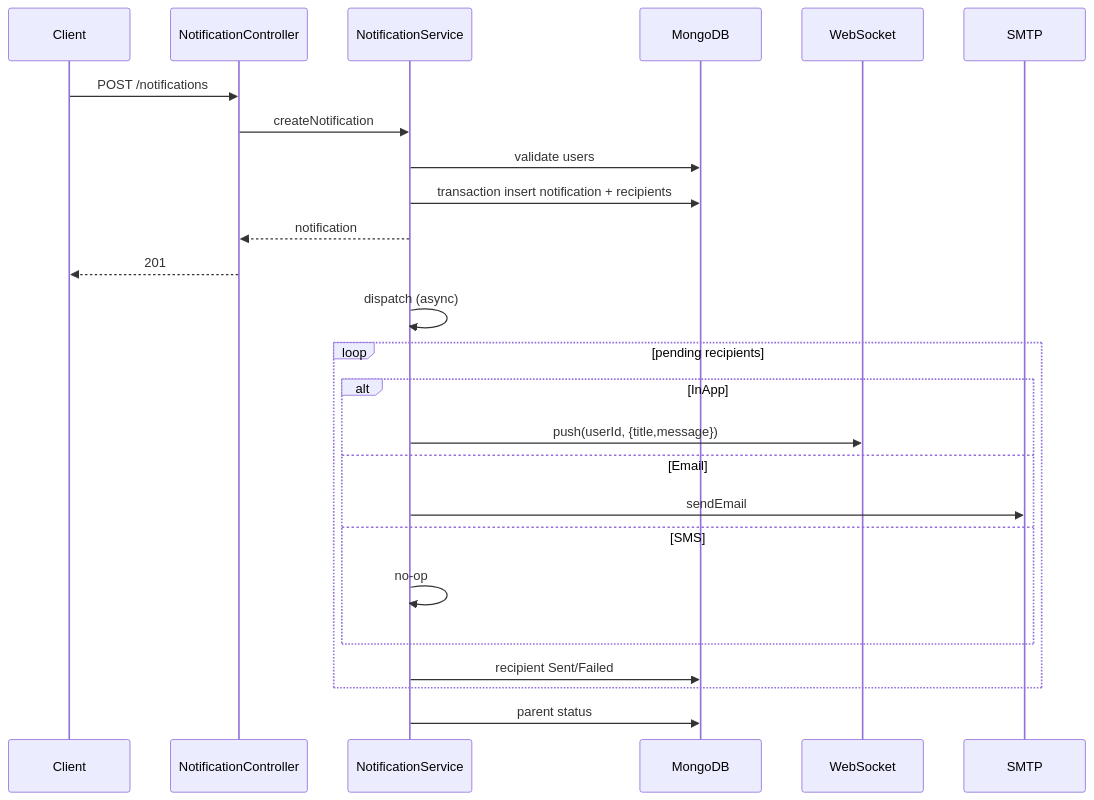
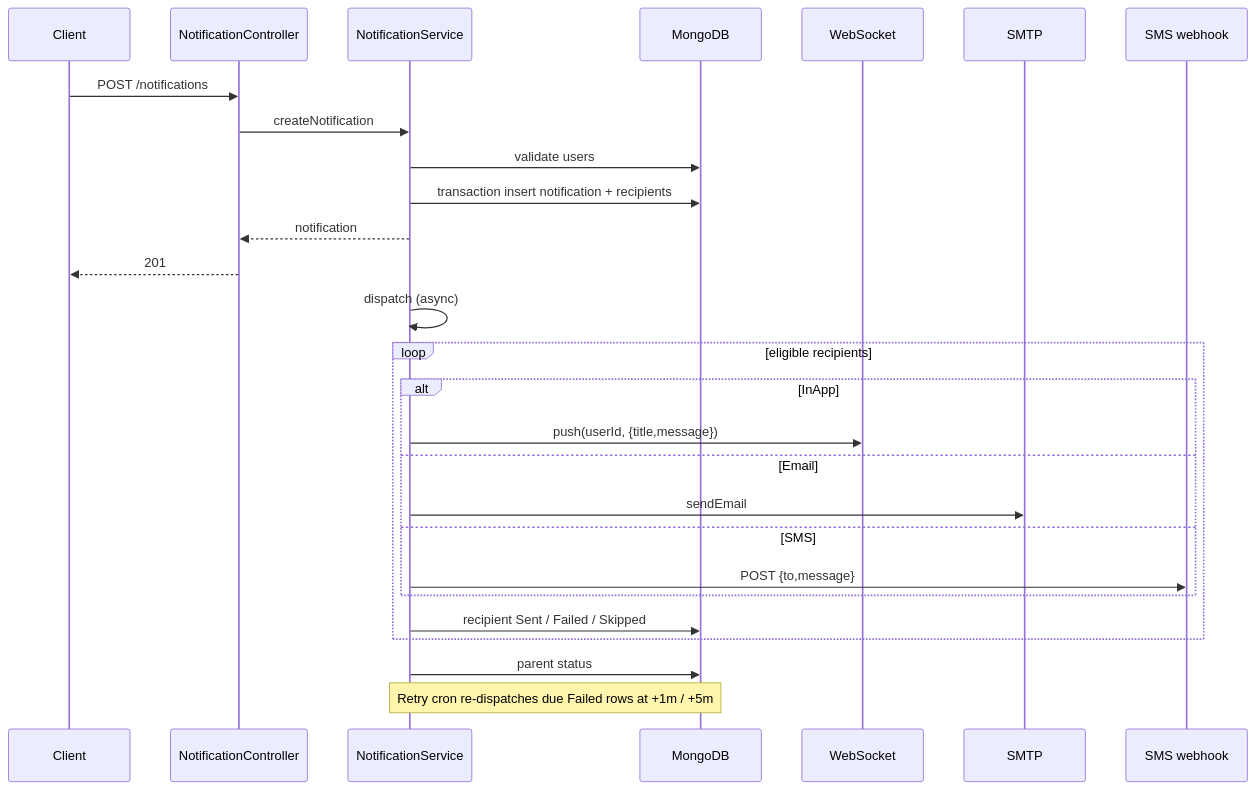
One commit to aabhushanCD/spims changed the diagram in server/docs/modules/notifications.md. Above: the diagram before and after it, drawn with Mermaid. The commit also changed other lines of this file and 22 other files, not shown here.

````diff
--- a/server/docs/modules/notifications.md
+++ b/server/docs/modules/notifications.md
@@ -121,28 +318,30 @@
 ```mermaid
 sequenceDiagram
   participant C as Client
   participant NC as NotificationController
   participant NS as NotificationService
   participant DB as MongoDB
   participant W as WebSocket
   participant M as SMTP
+  participant S as SMS webhook
 
   C->>NC: POST /notifications
   NC->>NS: createNotification
   NS->>DB: validate users
   NS->>DB: transaction insert notification + recipients
   NS-->>NC: notification
   NC-->>C: 201
   NS->>NS: dispatch (async)
-  loop pending recipients
+  loop eligible recipients
     alt InApp
       NS->>W: push(userId, {title,message})
     else Email
       NS->>M: sendEmail
     else SMS
-      NS->>NS: no-op
+      NS->>S: POST {to,message}
     end
-    NS->>DB: recipient Sent/Failed
+    NS->>DB: recipient Sent / Failed / Skipped
   end
   NS->>DB: parent status
+  Note over NS,DB: Retry cron re-dispatches due Failed rows at +1m / +5m
 ```
````
